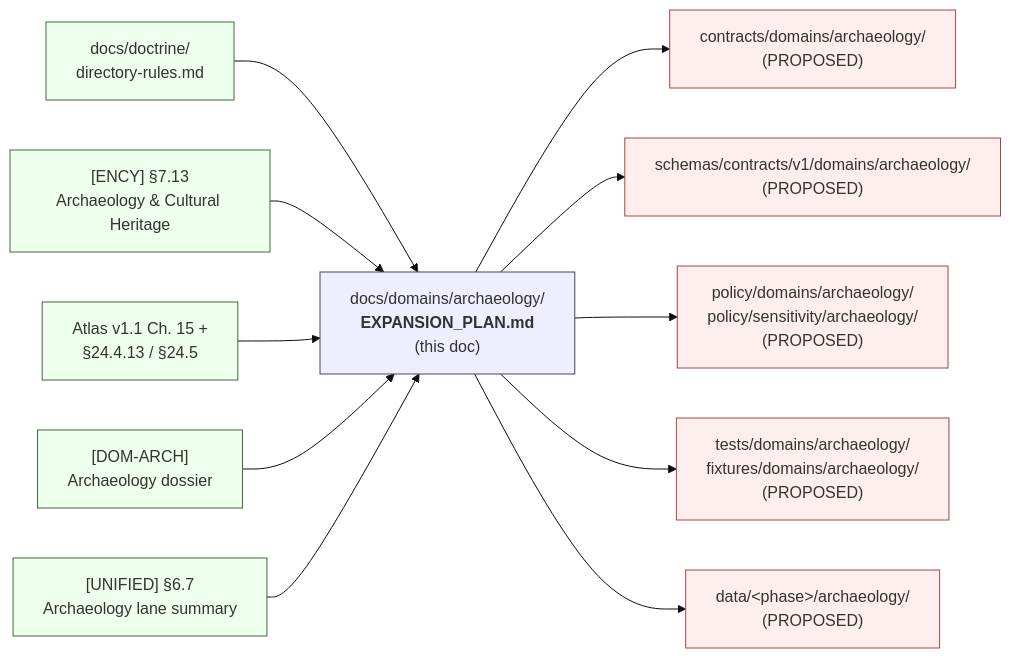
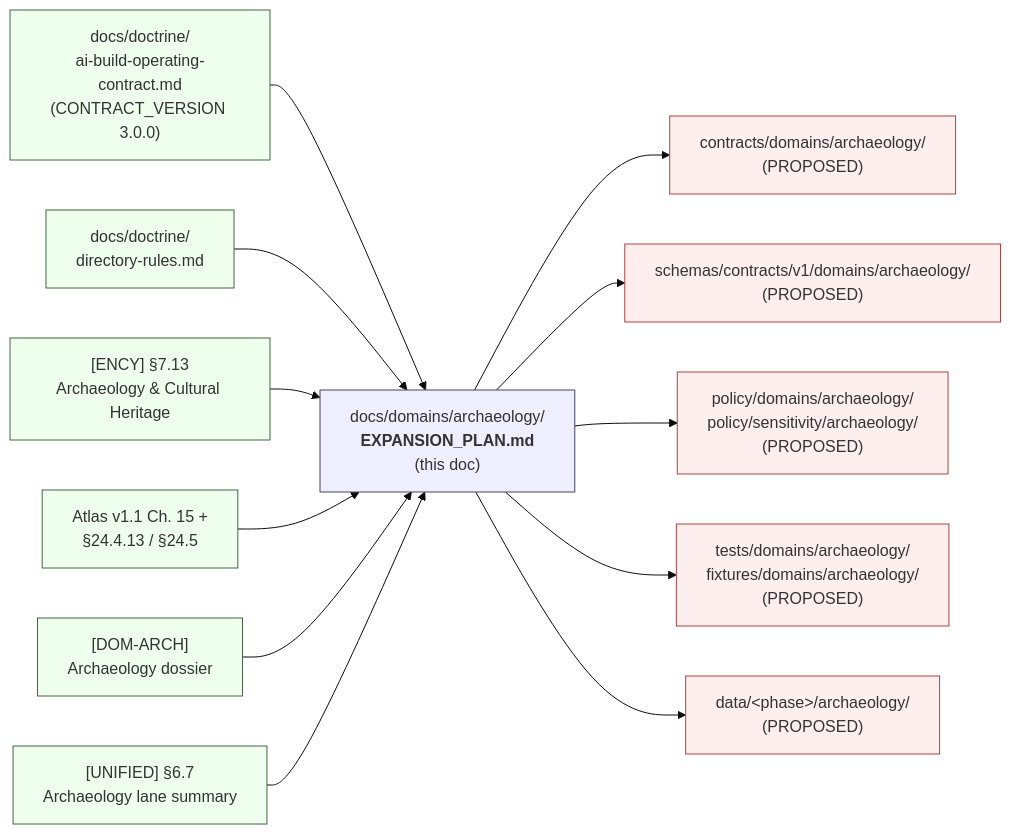
Before and after one commit to bartytime4life/Kansas-Frontier-Matrix: the first of 5 diagrams in docs/domains/archaeology/EXPANSION_PLAN.md, drawn with Mermaid (base theme). The commit also changed other lines of this file, not shown here.

````diff
--- a/docs/domains/archaeology/EXPANSION_PLAN.md
+++ b/docs/domains/archaeology/EXPANSION_PLAN.md
@@ -98,32 +115,34 @@
 ```mermaid
 flowchart LR
   classDef root fill:#eef,stroke:#446;
   classDef doc fill:#efe,stroke:#464;
   classDef lane fill:#fee,stroke:#a44;
 
   DR["docs/doctrine/<br/>directory-rules.md"]:::doc
+  OC["docs/doctrine/<br/>ai-build-operating-contract.md<br/>(CONTRACT_VERSION 3.0.0)"]:::doc
   ENC["[ENCY] §7.13<br/>Archaeology &amp; Cultural Heritage"]:::doc
   ATL["Atlas v1.1 Ch. 15 +<br/>§24.4.13 / §24.5"]:::doc
   DOMARCH["[DOM-ARCH]<br/>Archaeology dossier"]:::doc
   ROAD["[UNIFIED] §6.7<br/>Archaeology lane summary"]:::doc
 
   THIS["docs/domains/archaeology/<br/><b>EXPANSION_PLAN.md</b><br/>(this doc)"]:::root
 
   CONTRACTS["contracts/domains/archaeology/<br/>(PROPOSED)"]:::lane
   SCHEMAS["schemas/contracts/v1/domains/archaeology/<br/>(PROPOSED)"]:::lane
   POLICY["policy/domains/archaeology/<br/>policy/sensitivity/archaeology/<br/>(PROPOSED)"]:::lane
   TESTS["tests/domains/archaeology/<br/>fixtures/domains/archaeology/<br/>(PROPOSED)"]:::lane
   DATA["data/&lt;phase&gt;/archaeology/<br/>(PROPOSED)"]:::lane
 
+  OC --> THIS
   DR --> THIS
   ENC --> THIS
   ATL --> THIS
   DOMARCH --> THIS
   ROAD --> THIS
 
   THIS --> CONTRACTS
   THIS --> SCHEMAS
   THIS --> POLICY
   THIS --> TESTS
   THIS --> DATA
 ```
````
